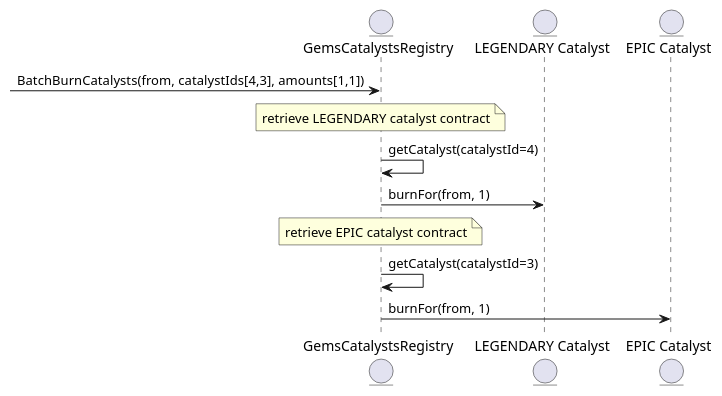
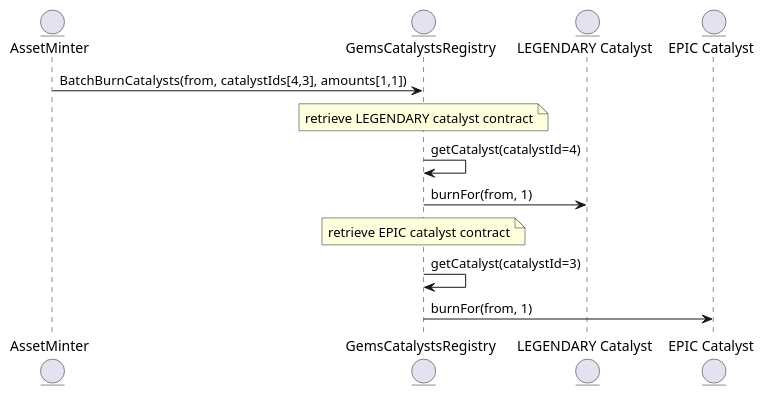
One commit to thesandboxgame/sandbox-smart-contracts changed the third of 3 diagrams in docs/topics/catalyst/catalyst.md. Above: the diagram before and after it, drawn with PlantUML. The commit also changed 1 other file, not shown here.

Commit message:
2nd review
TSBBLOC-298

````diff
--- a/docs/topics/catalyst/catalyst.md
+++ b/docs/topics/catalyst/catalyst.md
@@ -144,15 +143,18 @@
 ```plantuml
 
+entity AssetMinter
 entity GemsCatalystsRegistry
 entity "LEGENDARY Catalyst" as L
 entity "EPIC Catalyst" as E
-->GemsCatalystsRegistry: BatchBurnCatalysts(from,  catalystIds[4,3], amounts[1,1])
+
+
+AssetMinter ->GemsCatalystsRegistry: BatchBurnCatalysts(from,  catalystIds[4,3], amounts[1,1])
 note over GemsCatalystsRegistry: retrieve LEGENDARY catalyst contract
 GemsCatalystsRegistry -> GemsCatalystsRegistry: getCatalyst(catalystId=4)
 GemsCatalystsRegistry -> L: burnFor(from, 1)
 
 note over GemsCatalystsRegistry: retrieve EPIC catalyst contract
 GemsCatalystsRegistry -> GemsCatalystsRegistry: getCatalyst(catalystId=3)
 GemsCatalystsRegistry -> E: burnFor(from, 1)
 
 ```
````
